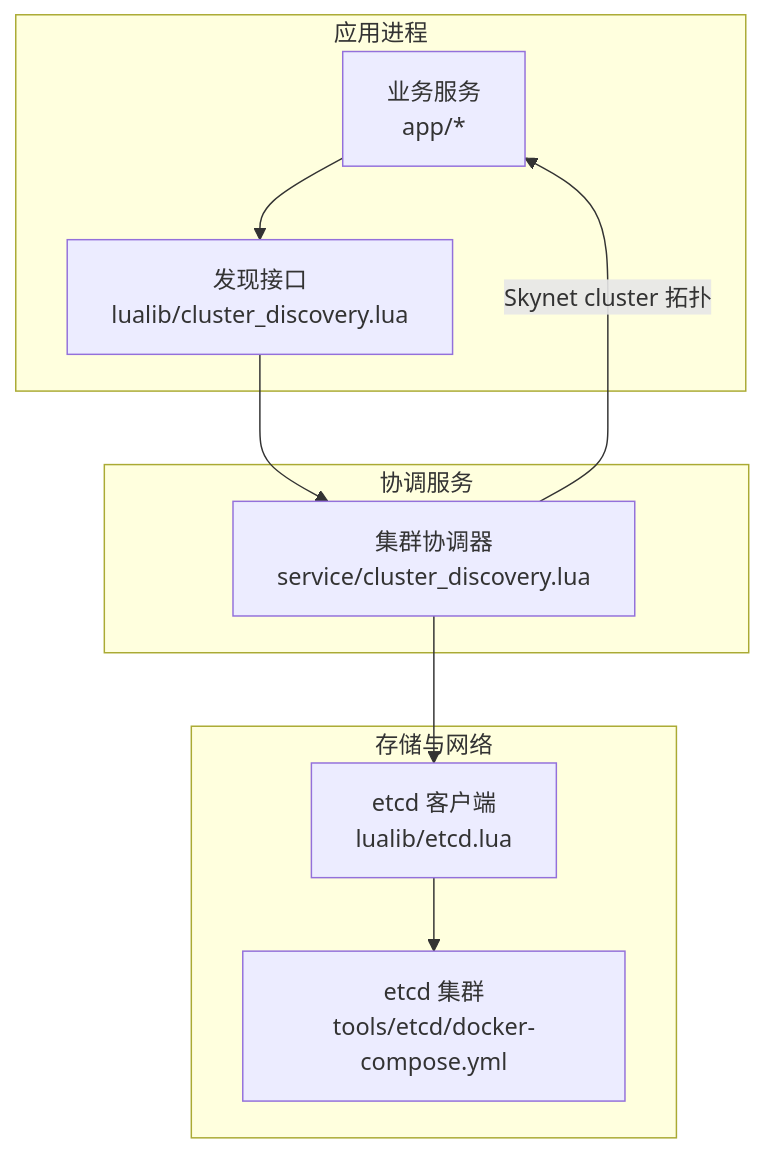
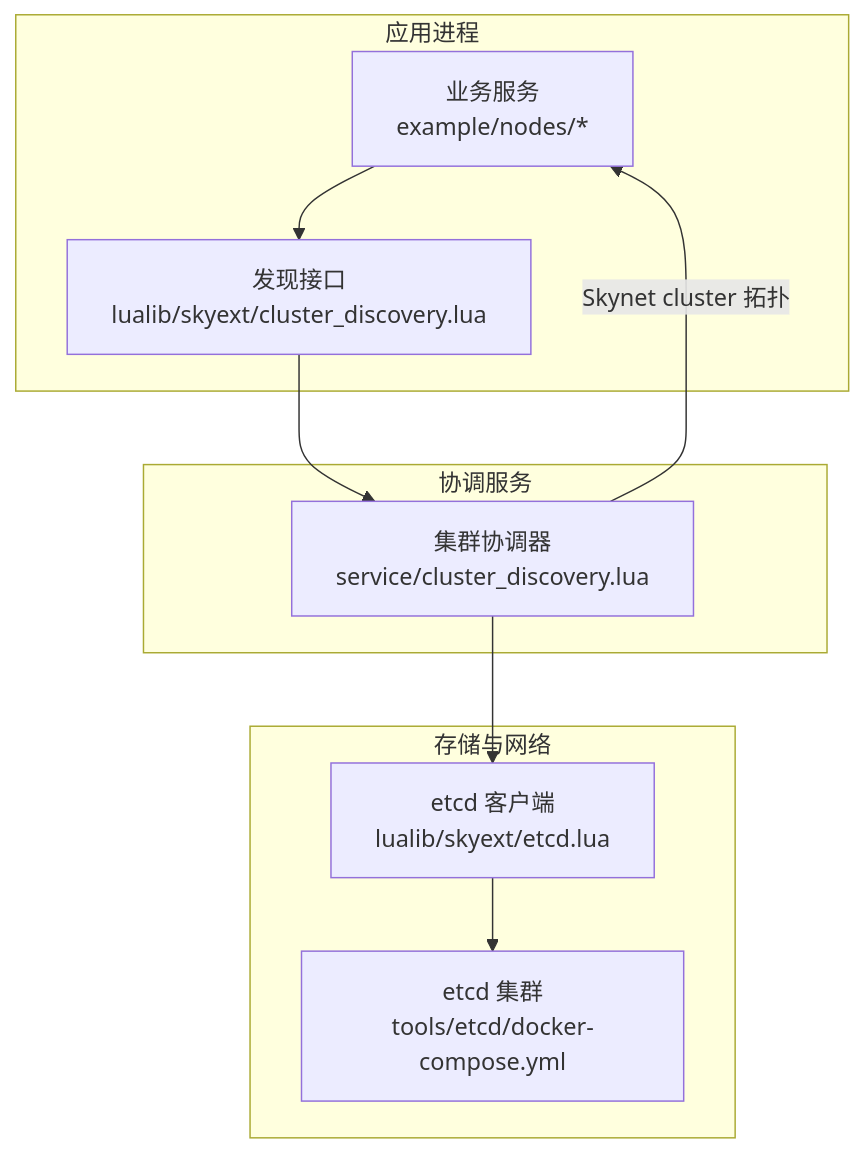
The first of 6 diagrams in docs/repowiki/zh/content/架构设计/服务发现与治理.md (hanxi/skyext), drawn with Mermaid before and after one commit. The commit also changed other lines of this file and 117 other files, not shown here.

````diff
--- a/docs/repowiki/zh/content/架构设计/服务发现与治理.md
+++ b/docs/repowiki/zh/content/架构设计/服务发现与治理.md
@@ -37,19 +37,19 @@
 ```mermaid
 graph TB
 subgraph "应用进程"
-A["业务服务<br/>app/*"]
-B["发现接口<br/>lualib/cluster_discovery.lua"]
+A["业务服务<br/>example/nodes/*"]
+B["发现接口<br/>lualib/skyext/cluster_discovery.lua"]
 end
 subgraph "协调服务"
 C["集群协调器<br/>service/cluster_discovery.lua"]
 end
 subgraph "存储与网络"
-D["etcd 客户端<br/>lualib/etcd.lua"]
+D["etcd 客户端<br/>lualib/skyext/etcd.lua"]
 E["etcd 集群<br/>tools/etcd/docker-compose.yml"]
 end
 A --> B
 B --> C
 C --> D
 D --> E
 C --> |"Skynet cluster 拓扑"| A
 ```
````
